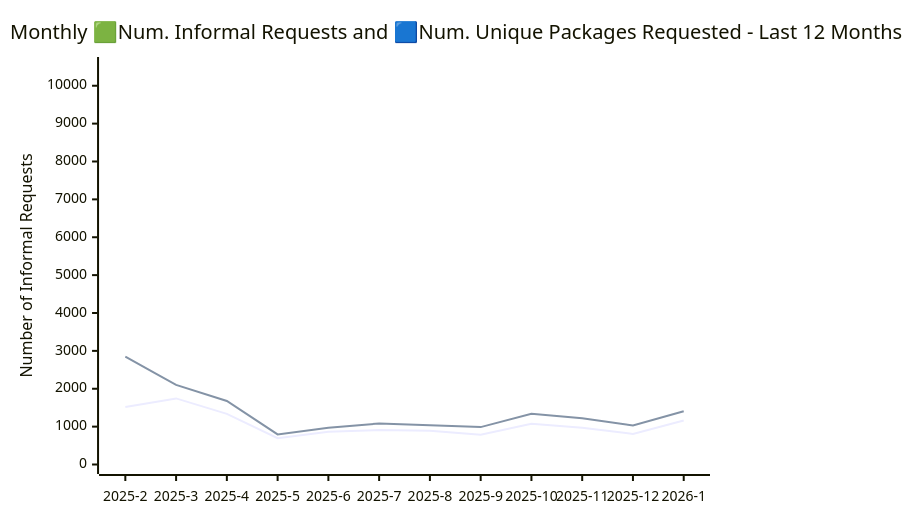
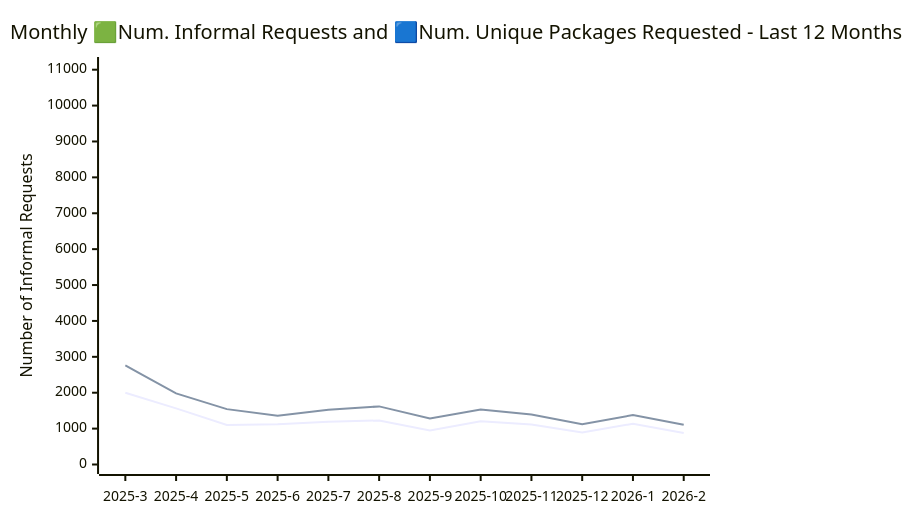
The diagram in ATI_INFORMAL_REPORT/readme.md (open-data/analytics-corporate-reporting), drawn with Mermaid before and after one commit. The commit also changed other lines of this file and 5 other files, not shown here.

````diff
--- a/ATI_INFORMAL_REPORT/readme.md
+++ b/ATI_INFORMAL_REPORT/readme.md
@@ -17,11 +17,11 @@
 ```mermaid
 
 xychart-beta
     title "Monthly 🟩Num. Informal Requests and 🟦Num. Unique Packages Requested - Last 12 Months"
-    x-axis [2025-2, 2025-3, 2025-4, 2025-5, 2025-6, 2025-7, 2025-8, 2025-9, 2025-10, 2025-11, 2025-12, 2026-1]
-    y-axis "Unique Packages" 0 --> 9046
-    y-axis "Number of Informal Requests" 0 --> 10508
+    x-axis [2025-3, 2025-4, 2025-5, 2025-6, 2025-7, 2025-8, 2025-9, 2025-10, 2025-11, 2025-12, 2026-1, 2026-2]
+    y-axis "Unique Packages" 0 --> 8757
+    y-axis "Number of Informal Requests" 0 --> 11089
 
-    line [1521, 1745, 1338, 696, 862, 912, 894, 786, 1076, 969, 807, 1161]
-    line [2846, 2102, 1677, 795, 968, 1084, 1035, 987, 1340, 1219, 1032, 1408]
+    line [2000, 1564, 1099, 1120, 1189, 1227, 946, 1207, 1114, 891, 1137, 880]
+    line [2759, 1982, 1543, 1359, 1523, 1619, 1282, 1530, 1392, 1123, 1379, 1107]
 ```
````
